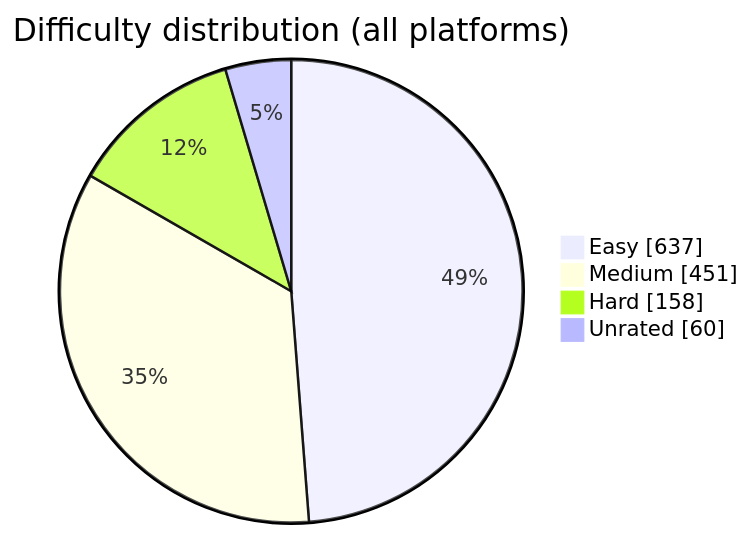
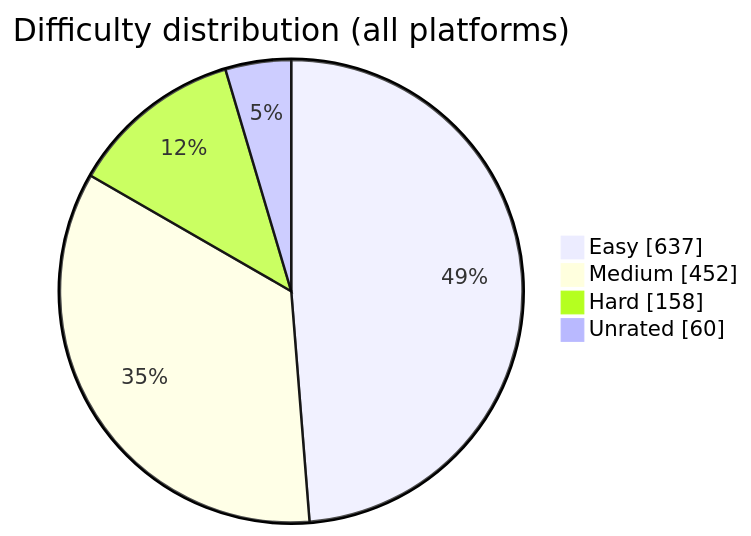
One commit to BuildbyArindam/Daily-Coding-Log changed the diagram in README.md. Above: the diagram before and after it, drawn with Mermaid. The commit also changed other lines of this file, not shown here.

````diff
--- a/README.md
+++ b/README.md
@@ -93,7 +93,7 @@
 ```mermaid
 pie showData title Difficulty distribution (all platforms)
     "Easy" : 637
-    "Medium" : 451
+    "Medium" : 452
     "Hard" : 158
     "Unrated" : 60
 ```
````
